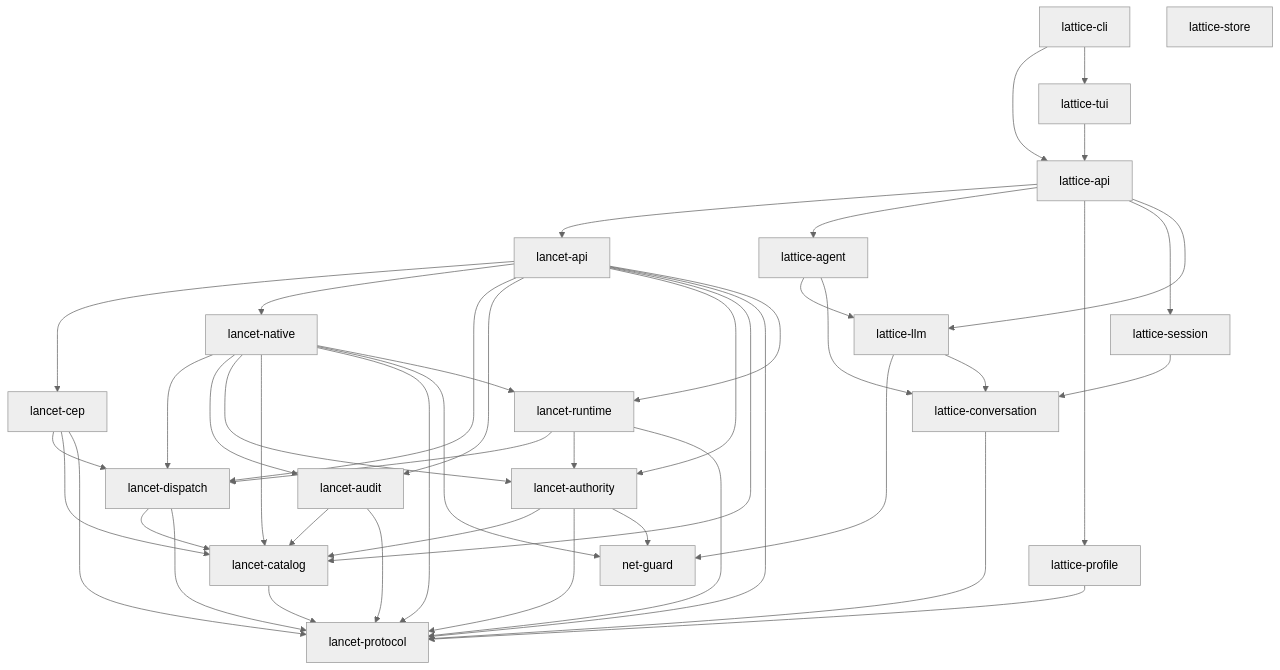
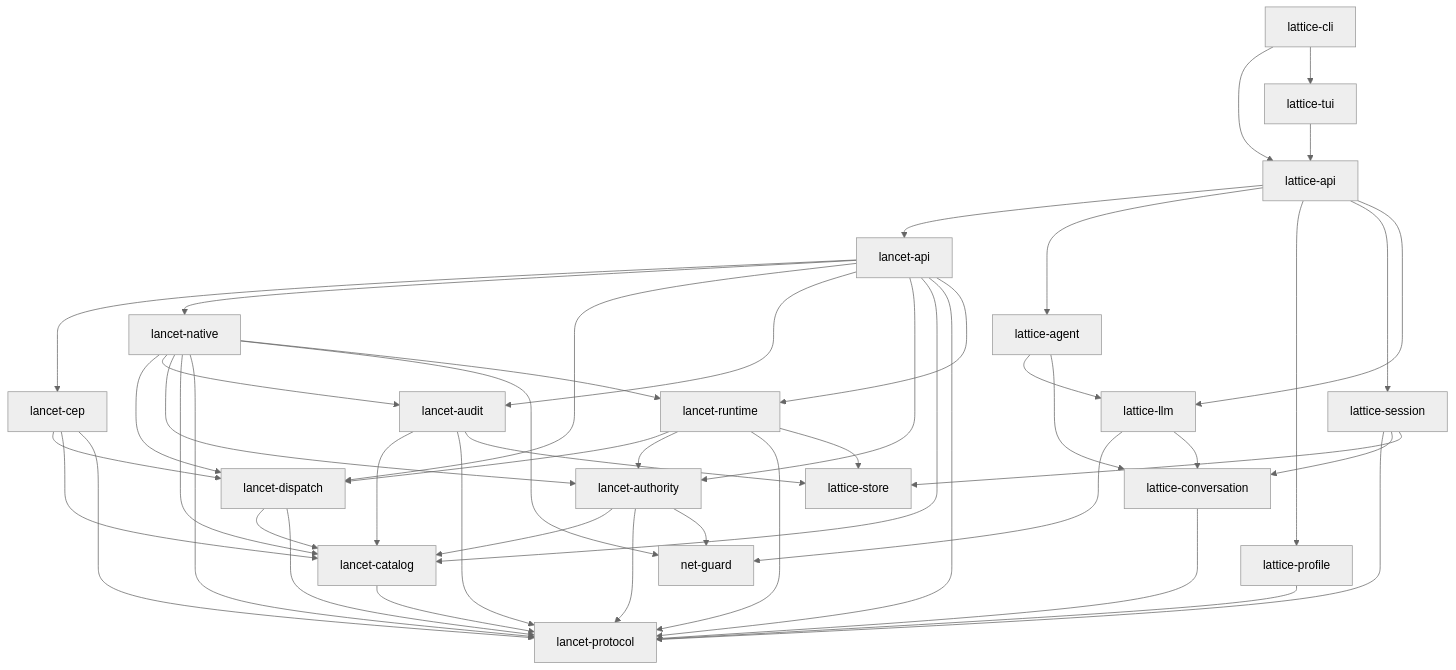
Before and after one commit to Skyline10124/lattice: the second of 2 diagrams in docs/ARCHITECTURE.md, drawn with Mermaid (neutral theme). The commit also changed other lines of this file and 10 other files, not shown here.

````diff
--- a/docs/ARCHITECTURE.md
+++ b/docs/ARCHITECTURE.md
@@ -173,11 +173,13 @@
     RUNTIME --> DISPATCH
     RUNTIME --> AUTHORITY
     RUNTIME --> PROTOCOL
+    RUNTIME --> STORE
     %% Layer 2 -> 1 + 0
     DISPATCH --> CATALOG
     DISPATCH --> PROTOCOL
     AUDIT --> CATALOG
     AUDIT --> PROTOCOL
+    AUDIT --> STORE
     AUTHORITY --> CATALOG
     AUTHORITY --> PROTOCOL
     AUTHORITY --> NETGUARD
@@ -189,6 +191,8 @@
     AGENT --> CONVERSATION
     LLM --> NETGUARD
     LLM --> CONVERSATION
+    SESSION --> PROTOCOL
     SESSION --> CONVERSATION
+    SESSION --> STORE
     CONVERSATION --> PROTOCOL
 ```
````
